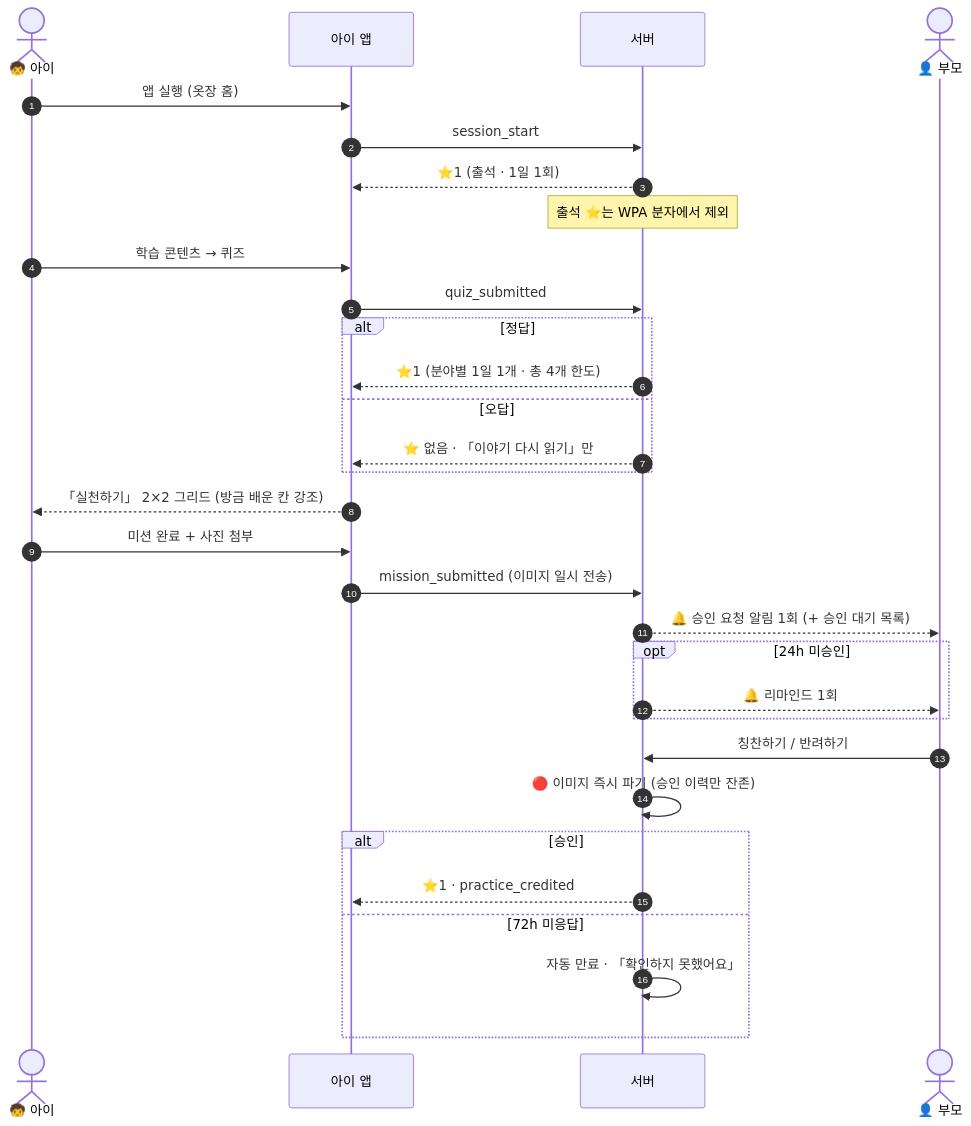
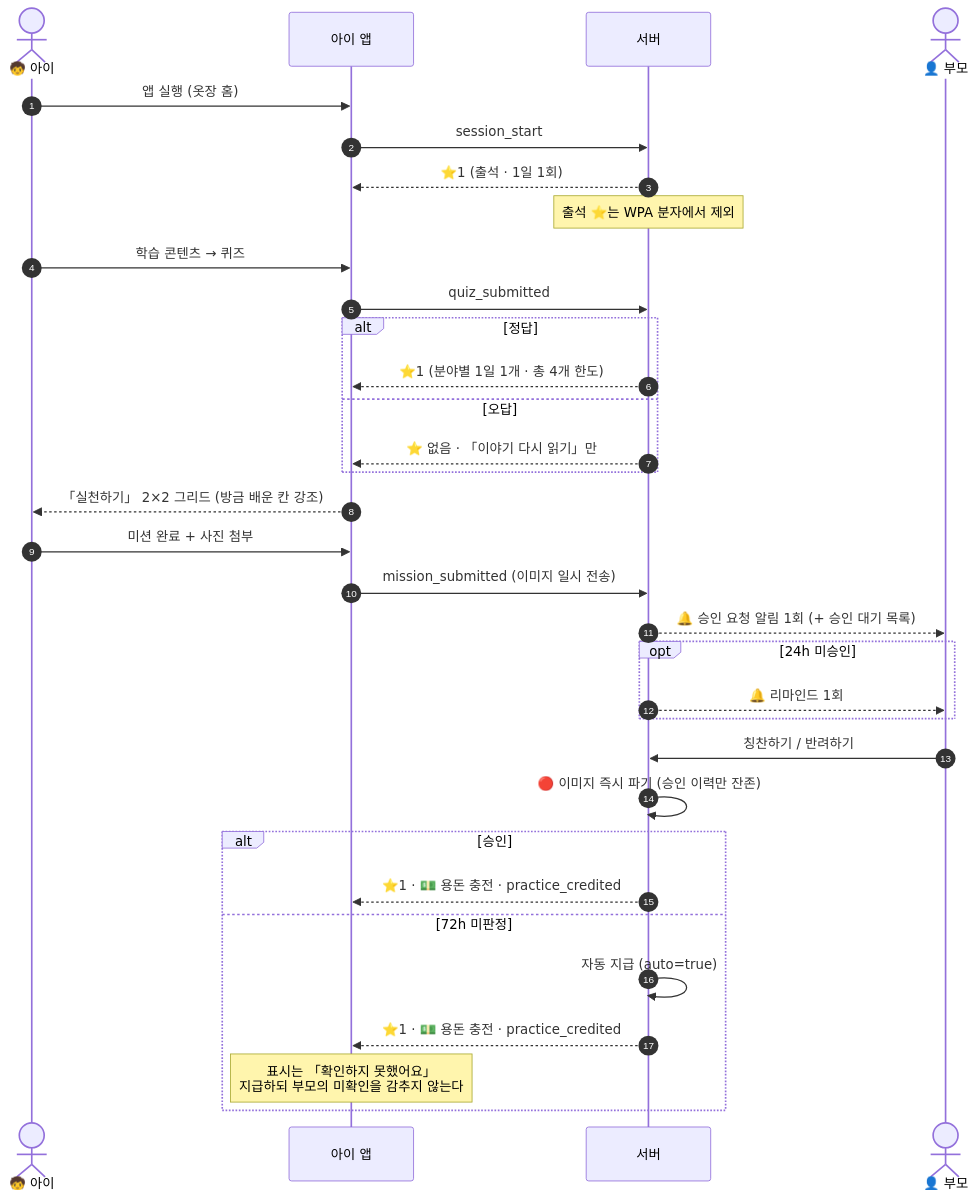
One commit to scene-one/team1_fin-friends changed the third of 6 diagrams in 공용공간/10. SRS/SRS_핀프렌즈_v1_0.md. Above: the diagram before and after it, drawn with Mermaid. The commit also changed other lines of this file and 7 other files, not shown here.

````diff
--- a/공용공간/10. SRS/SRS_핀프렌즈_v1_0.md
+++ b/공용공간/10. SRS/SRS_핀프렌즈_v1_0.md
@@ -140,34 +140,36 @@
 ```mermaid
 sequenceDiagram
     autonumber
     actor C as 🧒 아이
     participant CA as 아이 앱
     participant S as 서버
     actor P as 👤 부모
 
     C->>CA: 앱 실행 (옷장 홈)
     CA->>S: session_start
     S-->>CA: ⭐1 (출석 · 1일 1회)
     Note over S: 출석 ⭐는 WPA 분자에서 제외
     C->>CA: 학습 콘텐츠 → 퀴즈
     CA->>S: quiz_submitted
     alt 정답
         S-->>CA: ⭐1 (분야별 1일 1개 · 총 4개 한도)
     else 오답
         S-->>CA: ⭐ 없음 · 「이야기 다시 읽기」만
     end
     CA-->>C: 「실천하기」 2×2 그리드 (방금 배운 칸 강조)
     C->>CA: 미션 완료 + 사진 첨부
     CA->>S: mission_submitted (이미지 일시 전송)
     S-->>P: 🔔 승인 요청 알림 1회 (+ 승인 대기 목록)
     opt 24h 미승인
         S-->>P: 🔔 리마인드 1회
     end
     P->>S: 칭찬하기 / 반려하기
     S->>S: 🔴 이미지 즉시 파기 (승인 이력만 잔존)
     alt 승인
-        S-->>CA: ⭐1 · practice_credited
-    else 72h 미응답
-        S->>S: 자동 만료 · 「확인하지 못했어요」
+        S-->>CA: ⭐1 · 💵 용돈 충전 · practice_credited
+    else 72h 미판정
+        S->>S: 자동 지급 (auto=true)
+        S-->>CA: ⭐1 · 💵 용돈 충전 · practice_credited
+        Note over CA: 표시는 「확인하지 못했어요」<br/>지급하되 부모의 미확인을 감추지 않는다
     end
 ```
````
